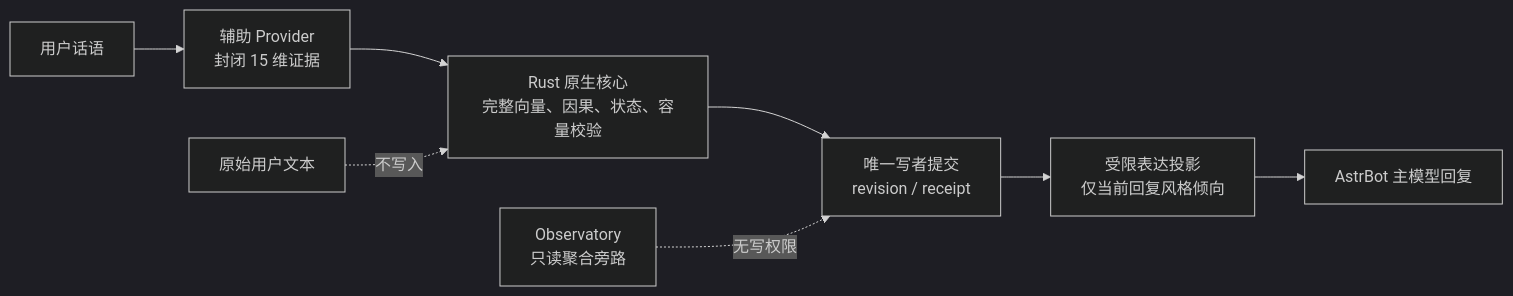
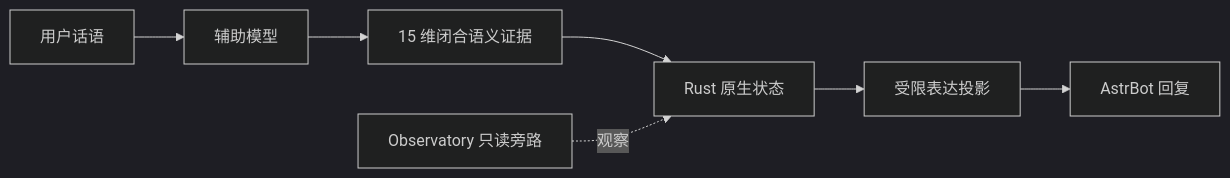
The diagram in README.md (2718labs/astrbot_plugin_astrembodiment), drawn with Mermaid (dark theme) before and after one commit. The commit also changed other lines of this file, not shown here.

Commit message:
docs: publish AstrEmbodiment 1.0.0 README

````diff
--- a/README.md
+++ b/README.md
@@ -22,10 +91,9 @@
 ```mermaid
 flowchart LR
-    U[用户话语] --> S[辅助 Provider<br/>封闭 15 维证据]
-    S --> R[Rust 原生核心<br/>完整向量、因果、状态、容量校验]
-    R --> C[唯一写者提交<br/>revision / receipt]
-    C --> P[受限表达投影<br/>仅当前回复风格倾向]
-    P --> L[AstrBot 主模型回复]
-    O[Observatory<br/>只读聚合旁路] -. 无写权限 .-> C
-    T[原始用户文本] -. 不写入 .-> R
+    U[用户话语] --> P[辅助模型]
+    P --> E[15 维闭合语义证据]
+    E --> R[Rust 原生状态]
+    R --> X[受限表达投影]
+    X --> A[AstrBot 回复]
+    O[Observatory 只读旁路] -. 观察 .-> R
 ```
````
